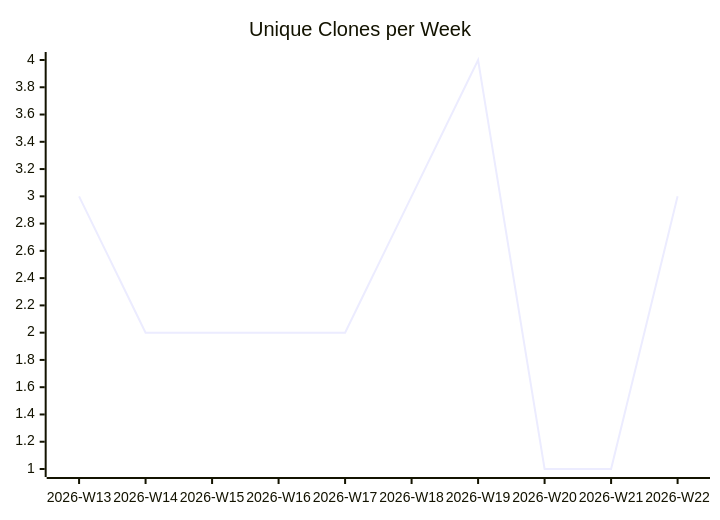
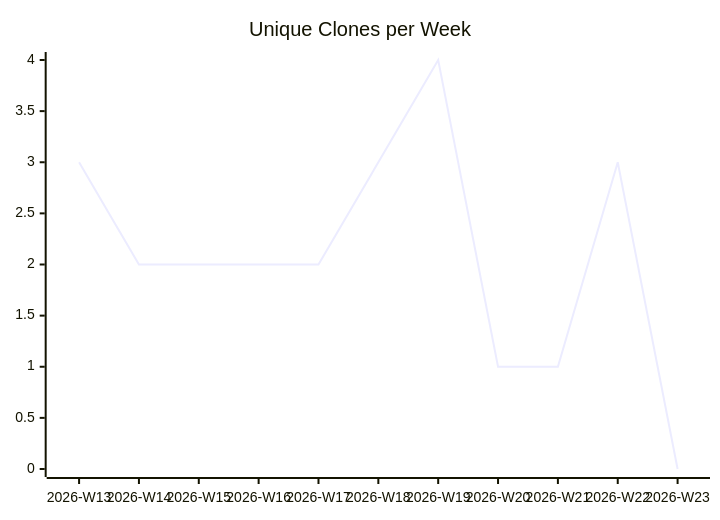
The third of 3 diagrams in karlmdavis/can-i-kayak-baltimore/README.md (justdavis-family/github-analytics-data), drawn with Mermaid before and after one commit. The commit also changed other lines of this file and 186 other files, not shown here.

````diff
--- a/karlmdavis/can-i-kayak-baltimore/README.md
+++ b/karlmdavis/can-i-kayak-baltimore/README.md
@@ -19,6 +19,6 @@
 ```mermaid
 xychart-beta
   title "Unique Clones per Week"
-  x-axis ["2026-W13", "2026-W14", "2026-W15", "2026-W16", "2026-W17", "2026-W18", "2026-W19", "2026-W20", "2026-W21", "2026-W22"]
-  line [3, 2, 2, 2, 2, 3, 4, 1, 1, 3]
+  x-axis ["2026-W13", "2026-W14", "2026-W15", "2026-W16", "2026-W17", "2026-W18", "2026-W19", "2026-W20", "2026-W21", "2026-W22", "2026-W23"]
+  line [3, 2, 2, 2, 2, 3, 4, 1, 1, 3, 0]
 ```
````
